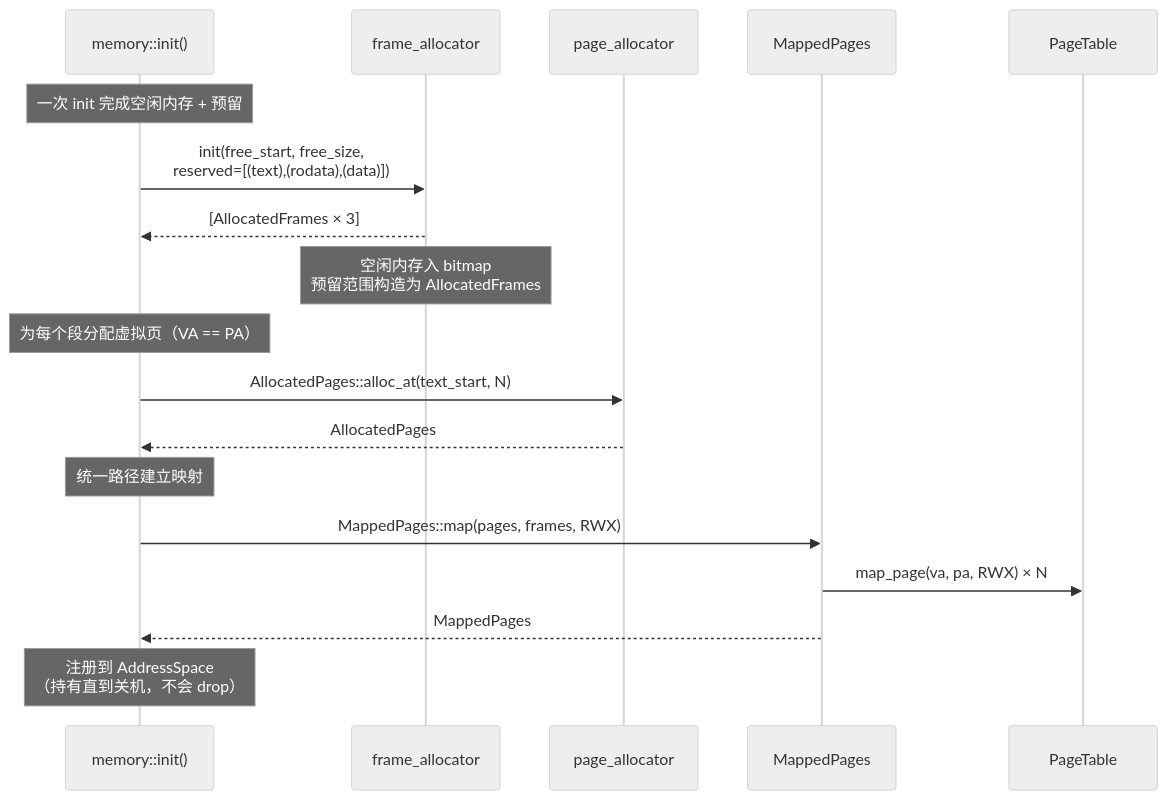
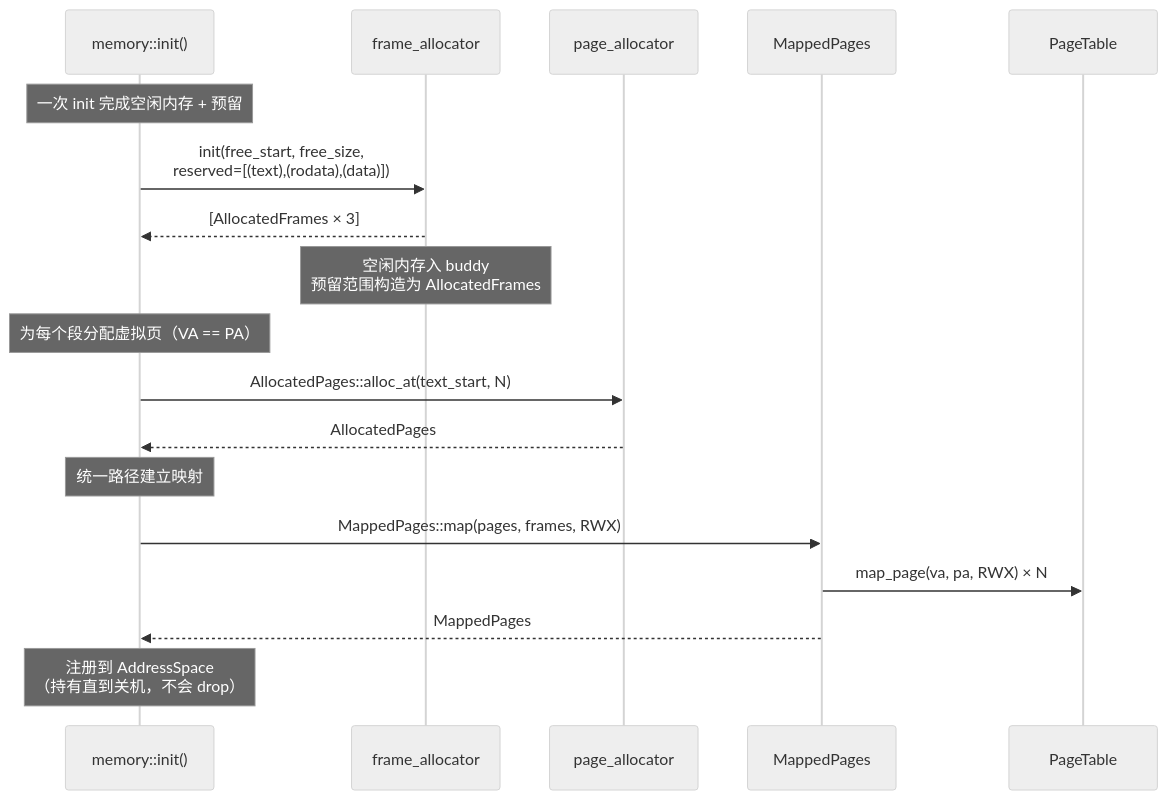
Before and after one commit to MRNIU/SimpleKernel: the ninth of 10 diagrams in docs/design/memory-subsystem.md, drawn with Mermaid (neutral theme). The commit also changed other lines of this file and 10 other files, not shown here.

First line of the commit message:
refactor(frame_allocator): 替换 BitmapAllocator 为 buddy_system_allocator

````diff
--- a/docs/design/memory-subsystem.md
+++ b/docs/design/memory-subsystem.md
@@ -514,23 +514,23 @@
 ```mermaid
 sequenceDiagram
     participant INIT as memory::init()
     participant FA as frame_allocator
     participant PA as page_allocator
     participant MP as MappedPages
     participant PT as PageTable
 
     Note over INIT: 一次 init 完成空闲内存 + 预留
     INIT->>FA: init(free_start, free_size,<br/>reserved=[(text),(rodata),(data)])
     FA-->>INIT: [AllocatedFrames × 3]
-    Note over FA: 空闲内存入 bitmap<br/>预留范围构造为 AllocatedFrames
+    Note over FA: 空闲内存入 buddy<br/>预留范围构造为 AllocatedFrames
 
     Note over INIT: 为每个段分配虚拟页（VA == PA）
     INIT->>PA: AllocatedPages::alloc_at(text_start, N)
     PA-->>INIT: AllocatedPages
 
     Note over INIT: 统一路径建立映射
     INIT->>MP: MappedPages::map(pages, frames, RWX)
     MP->>PT: map_page(va, pa, RWX) × N
     MP-->>INIT: MappedPages
     Note over INIT: 注册到 AddressSpace<br/>（持有直到关机，不会 drop）
 ```
````
